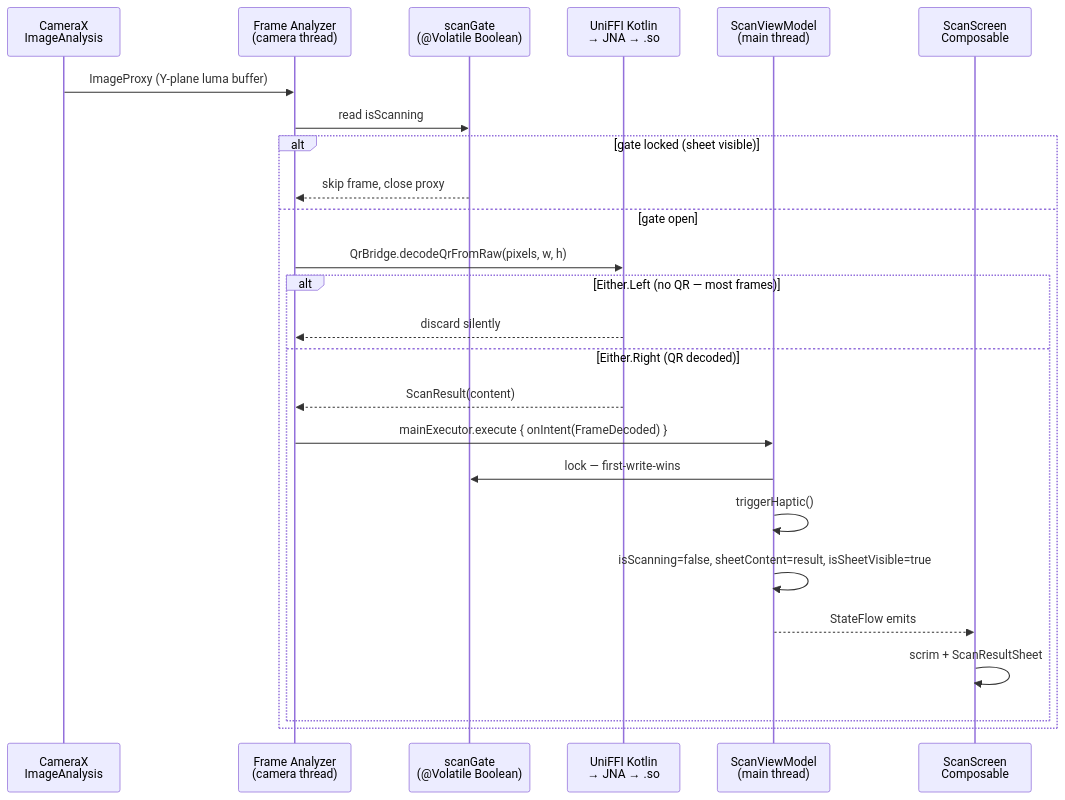
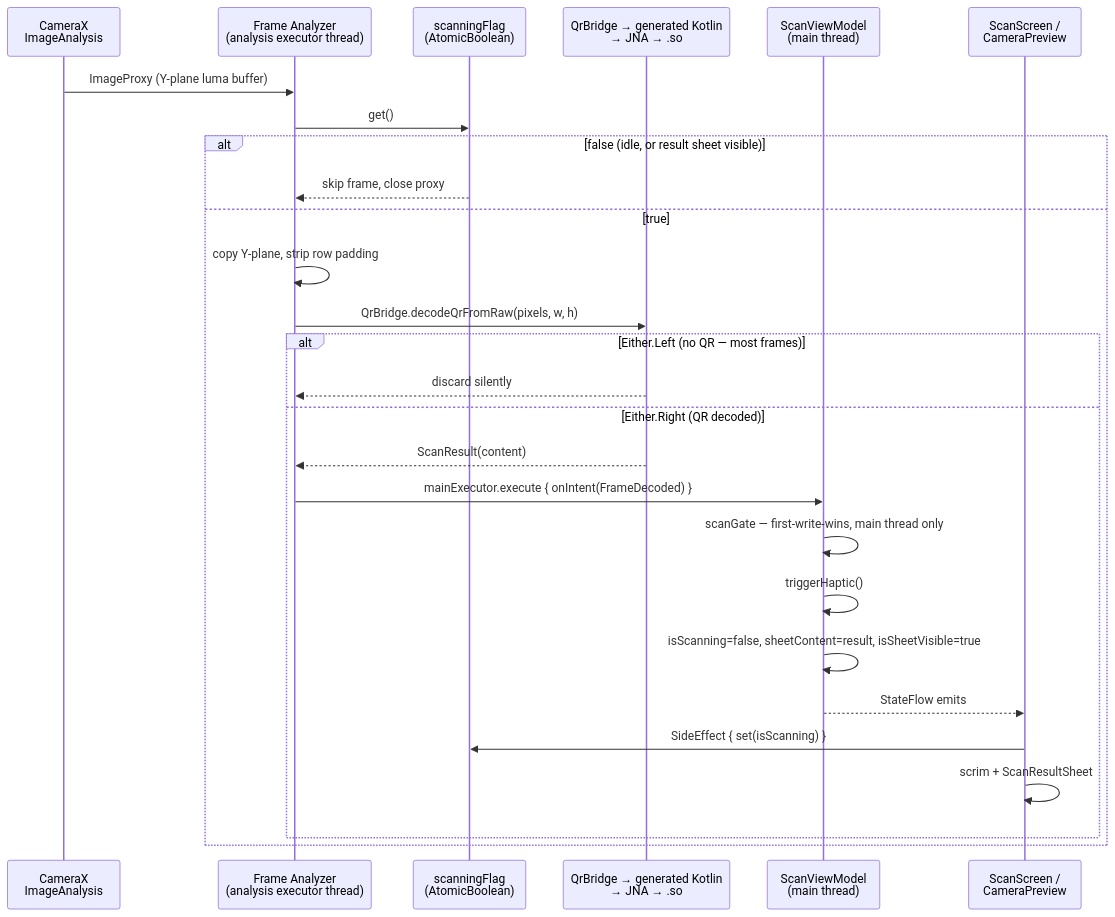
Before and after one commit to prasannajeet/RustyQR: the first of 3 diagrams in composeApp/src/androidMain/README.md, drawn with Mermaid. The commit also changed other lines of this file and 6 other files, not shown here.

````diff
--- a/composeApp/src/androidMain/README.md
+++ b/composeApp/src/androidMain/README.md
@@ -113,28 +138,30 @@
 ```mermaid
 sequenceDiagram
     participant CAM as CameraX<br/>ImageAnalysis
-    participant ANA as Frame Analyzer<br/>(camera thread)
-    participant GATE as scanGate<br/>(@Volatile Boolean)
-    participant JNI as UniFFI Kotlin<br/>→ JNA → .so
+    participant ANA as Frame Analyzer<br/>(analysis executor thread)
+    participant FLAG as scanningFlag<br/>(AtomicBoolean)
+    participant JNI as QrBridge → generated Kotlin<br/>→ JNA → .so
     participant VM as ScanViewModel<br/>(main thread)
-    participant UI as ScanScreen<br/>Composable
+    participant UI as ScanScreen /<br/>CameraPreview
 
     CAM->>ANA: ImageProxy (Y-plane luma buffer)
-    ANA->>GATE: read isScanning
-    alt gate locked (sheet visible)
-        GATE-->>ANA: skip frame, close proxy
-    else gate open
+    ANA->>FLAG: get()
+    alt false (idle, or result sheet visible)
+        FLAG-->>ANA: skip frame, close proxy
+    else true
+        ANA->>ANA: copy Y-plane, strip row padding
         ANA->>JNI: QrBridge.decodeQrFromRaw(pixels, w, h)
         alt Either.Left (no QR — most frames)
             JNI-->>ANA: discard silently
         else Either.Right (QR decoded)
             JNI-->>ANA: ScanResult(content)
             ANA->>VM: mainExecutor.execute { onIntent(FrameDecoded) }
-            VM->>GATE: lock — first-write-wins
+            VM->>VM: scanGate — first-write-wins, main thread only
             VM->>VM: triggerHaptic()
             VM->>VM: isScanning=false, sheetContent=result, isSheetVisible=true
             VM-->>UI: StateFlow emits
+            UI->>FLAG: SideEffect { set(isScanning) }
             UI->>UI: scrim + ScanResultSheet
         end
     end
 ```
````
